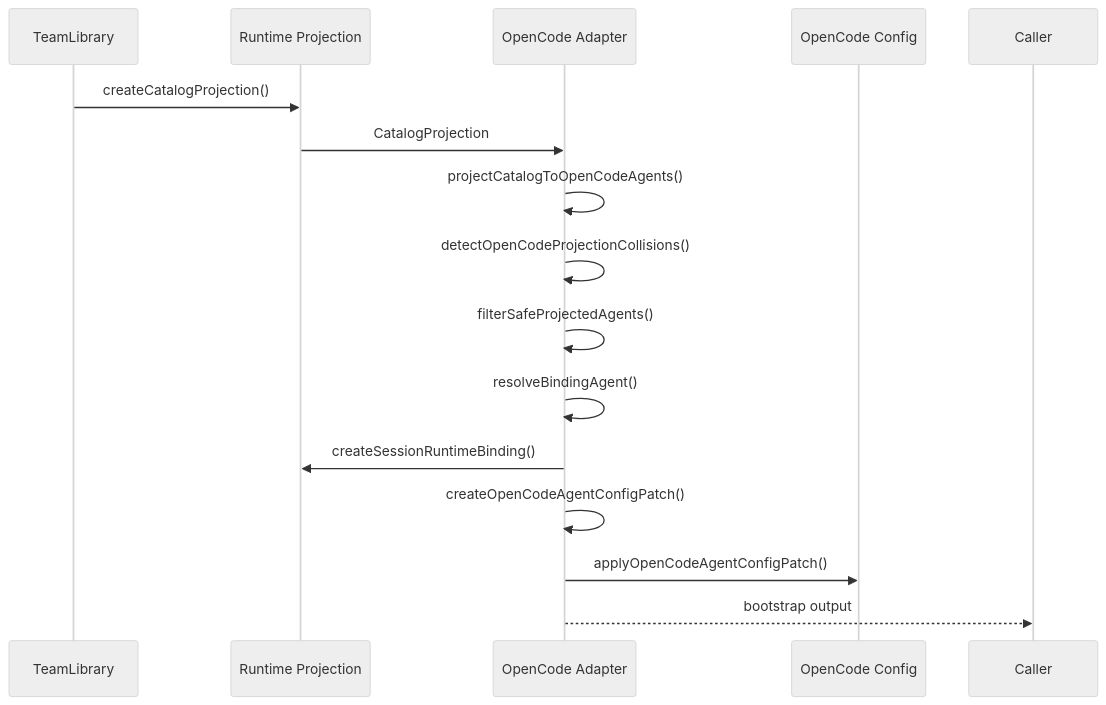
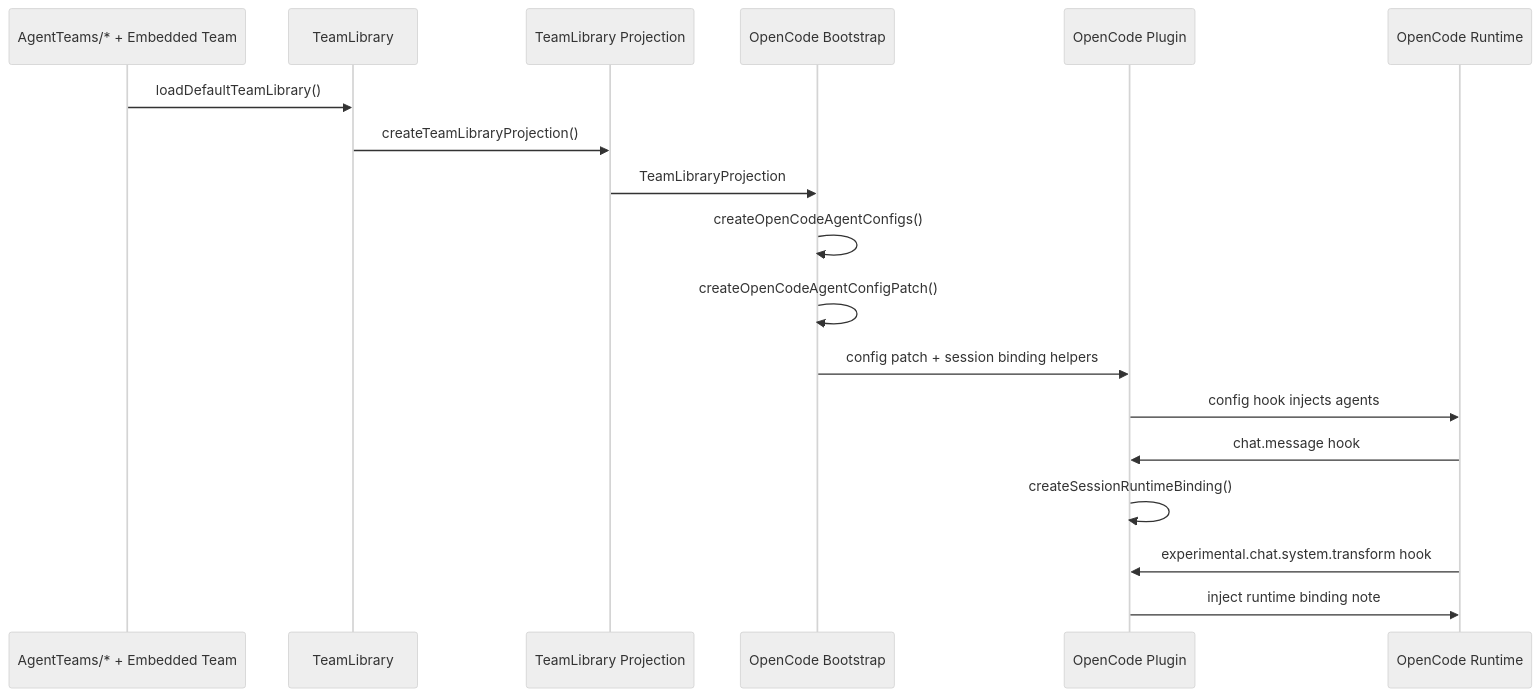
Before and after one commit to CrewBeeLab/CrewBee: the second of 2 diagrams in docs/architecture.md, drawn with Mermaid (neutral theme). The commit also changed other lines of this file, not shown here.

Commit message:
docs: rewrite architecture guide around the current implementation

````diff
--- a/docs/architecture.md
+++ b/docs/architecture.md
@@ -791,18 +187,21 @@
 ```mermaid
 sequenceDiagram
+    participant FS as AgentTeams/* + Embedded Team
     participant TL as TeamLibrary
-    participant RT as Runtime Projection
-    participant OA as OpenCode Adapter
-    participant CFG as OpenCode Config
+    participant RT as TeamLibrary Projection
+    participant BS as OpenCode Bootstrap
+    participant PL as OpenCode Plugin
+    participant OC as OpenCode Runtime
 
-    TL->>RT: createCatalogProjection()
-    RT->>OA: CatalogProjection
-    OA->>OA: projectCatalogToOpenCodeAgents()
-    OA->>OA: detectOpenCodeProjectionCollisions()
-    OA->>OA: filterSafeProjectedAgents()
-    OA->>OA: resolveBindingAgent()
-    OA->>RT: createSessionRuntimeBinding()
-    OA->>OA: createOpenCodeAgentConfigPatch()
-    OA->>CFG: applyOpenCodeAgentConfigPatch()
-    OA-->>Caller: bootstrap output
+    FS->>TL: loadDefaultTeamLibrary()
+    TL->>RT: createTeamLibraryProjection()
+    RT->>BS: TeamLibraryProjection
+    BS->>BS: createOpenCodeAgentConfigs()
+    BS->>BS: createOpenCodeAgentConfigPatch()
+    BS->>PL: config patch + session binding helpers
+    PL->>OC: config hook injects agents
+    OC->>PL: chat.message hook
+    PL->>PL: createSessionRuntimeBinding()
+    OC->>PL: experimental.chat.system.transform hook
+    PL->>OC: inject runtime binding note
 ```
````
